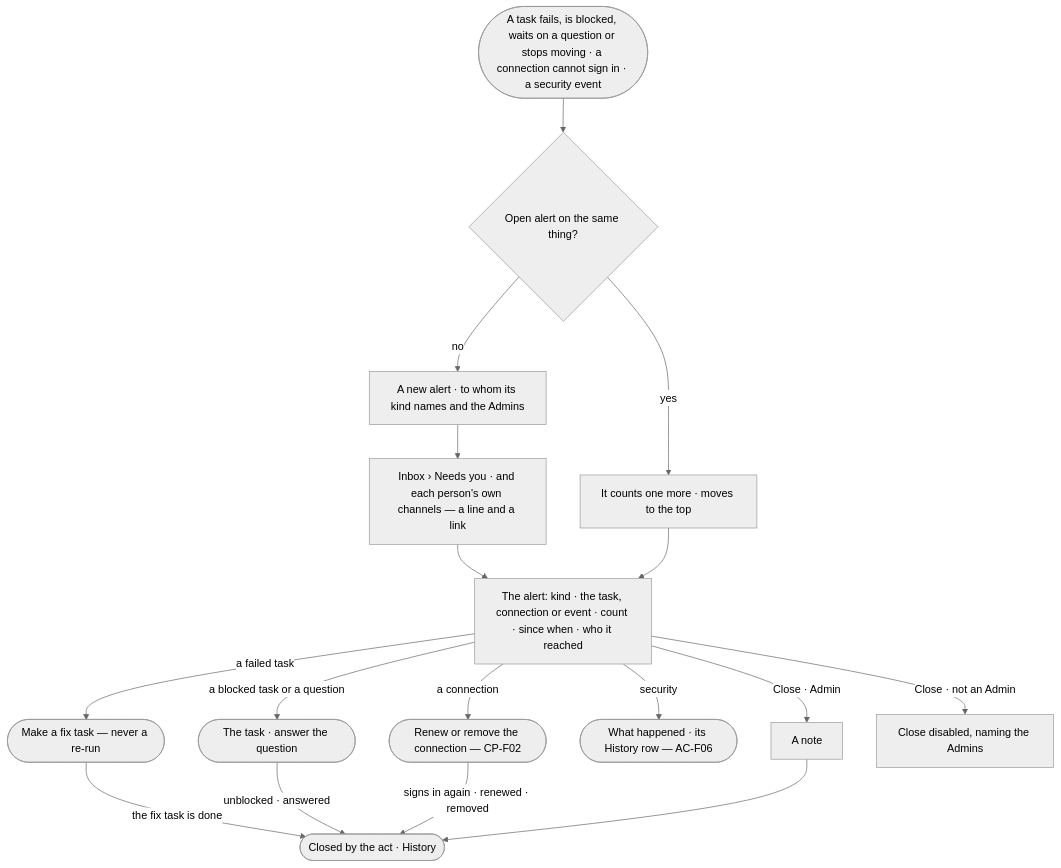
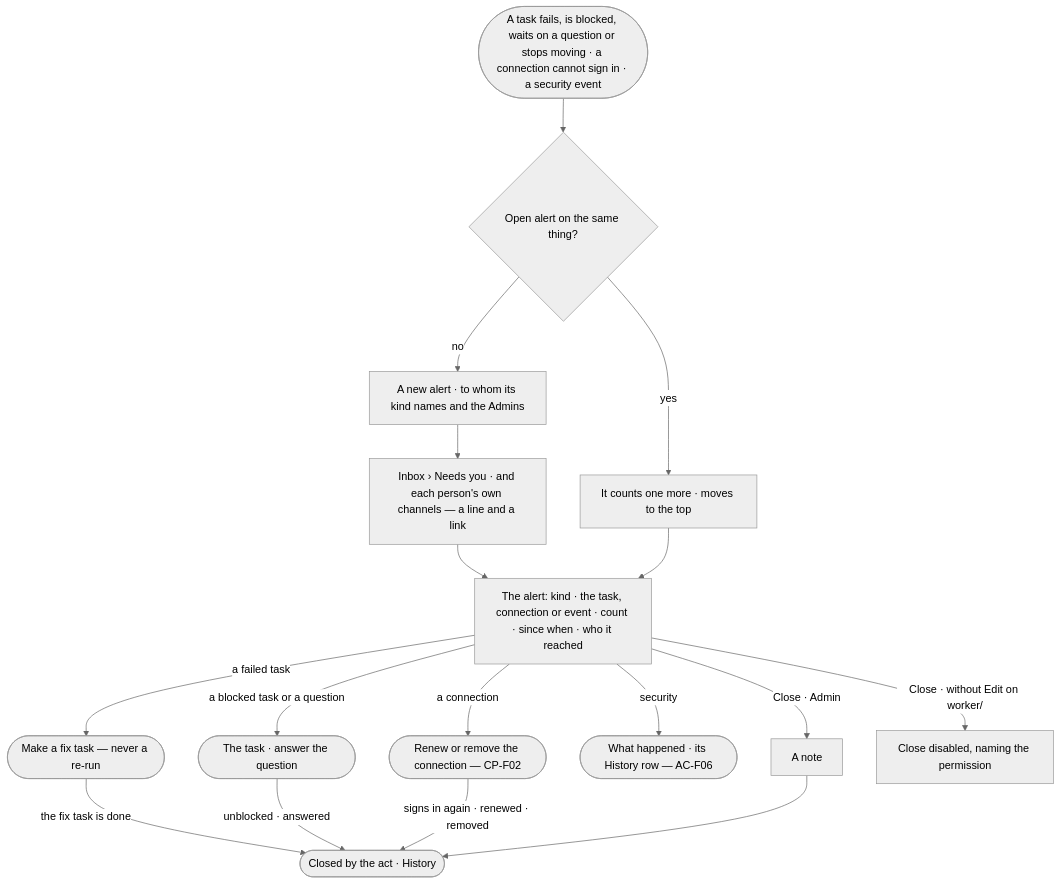
One commit to invana/invana changed the diagram in specs/os/control/features/CP-F11-ops-alerting/stories/CP-67-get-told-when-work-stops-or-a-connection-fails/story.md. Above: the diagram before and after it, drawn with Mermaid (neutral theme). The commit also changed other lines of this file and 228 other files, not shown here.

````diff
--- a/specs/os/control/features/CP-F11-ops-alerting/stories/CP-67-get-told-when-work-stops-or-a-connection-fails/story.md
+++ b/specs/os/control/features/CP-F11-ops-alerting/stories/CP-67-get-told-when-work-stops-or-a-connection-fails/story.md
@@ -28,18 +28,18 @@
 ```mermaid
 flowchart TD
   f([A task fails, is blocked, waits on a question or stops moving · a connection cannot sign in · a security event]) --> o{"Open alert on the same thing?"}
   o -->|yes| c["It counts one more · moves to the top"]
   o -->|no| n["A new alert · to whom its kind names and the Admins"]
   n --> ib["Inbox › Needs you · and each person's own channels — a line and a link"]
   ib --> a["The alert: kind · the task, connection or event · count · since when · who it reached"]
   c --> a
   a -->|a failed task| fx(["Make a fix task — never a re-run"])
   a -->|a blocked task or a question| tk(["The task · answer the question"])
   a -->|a connection| cn(["Renew or remove the connection — CP-F02"])
   a -->|security| hr(["What happened · its History row — AC-F06"])
   fx -->|the fix task is done| cl(["Closed by the act · History"])
   tk -->|unblocked · answered| cl
   cn -->|signs in again · renewed · removed| cl
   a -->|Close · Admin| nt["A note"] --> cl
-  a -->|Close · not an Admin| na["Close disabled, naming the Admins"]
+  a -->|Close · without Edit on worker/<group>| na["Close disabled, naming the permission"]
 ```
````
